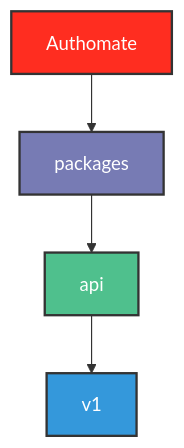
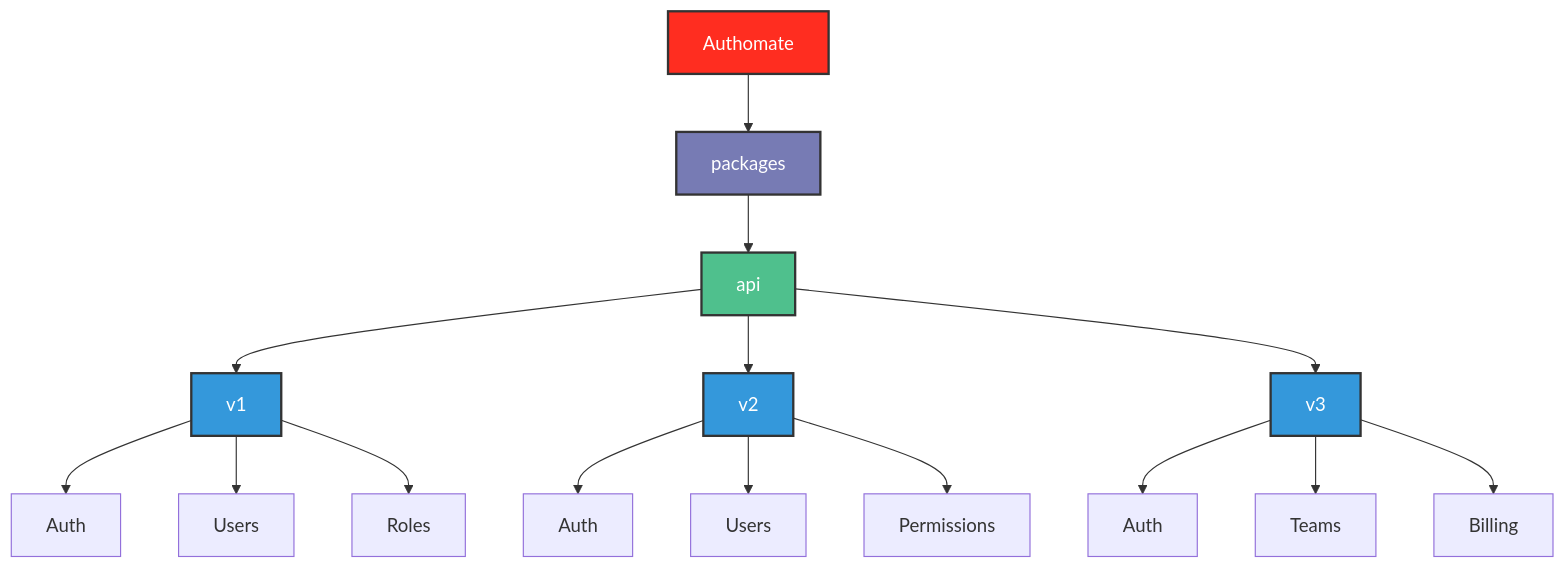
One commit to amcodecase/authomate changed the first of 2 diagrams in OVERVIEW.md. Above: the diagram before and after it, drawn with Mermaid. The commit also changed other lines of this file, not shown here.

Commit message:
Add package architecture diagrams: source structure and Laravel integration

````diff
--- a/OVERVIEW.md
+++ b/OVERVIEW.md
@@ -27,11 +38,27 @@
 ```mermaid
 graph TD
     A[Authomate] --> B[packages]
     B --> C[api]
-    C --> D[v1]
+    C --> V1[v1]
+    C --> V2[v2]
+    C --> V3[v3]
+    
+    V1 --> V1A[Auth]
+    V1 --> V1B[Users]
+    V1 --> V1C[Roles]
+    
+    V2 --> V2A[Auth]
+    V2 --> V2B[Users]
+    V2 --> V2C[Permissions]
+    
+    V3 --> V3A[Auth]
+    V3 --> V3B[Teams]
+    V3 --> V3C[Billing]
     
     style A fill:#FF2D20,stroke:#333,stroke-width:2px,color:#fff
     style B fill:#777BB4,stroke:#333,stroke-width:2px,color:#fff
     style C fill:#4FC08D,stroke:#333,stroke-width:2px,color:#fff
-    style D fill:#3498db,stroke:#333,stroke-width:2px,color:#fff
+    style V1 fill:#3498db,stroke:#333,stroke-width:2px,color:#fff
+    style V2 fill:#3498db,stroke:#333,stroke-width:2px,color:#fff
+    style V3 fill:#3498db,stroke:#333,stroke-width:2px,color:#fff
 ```
````
